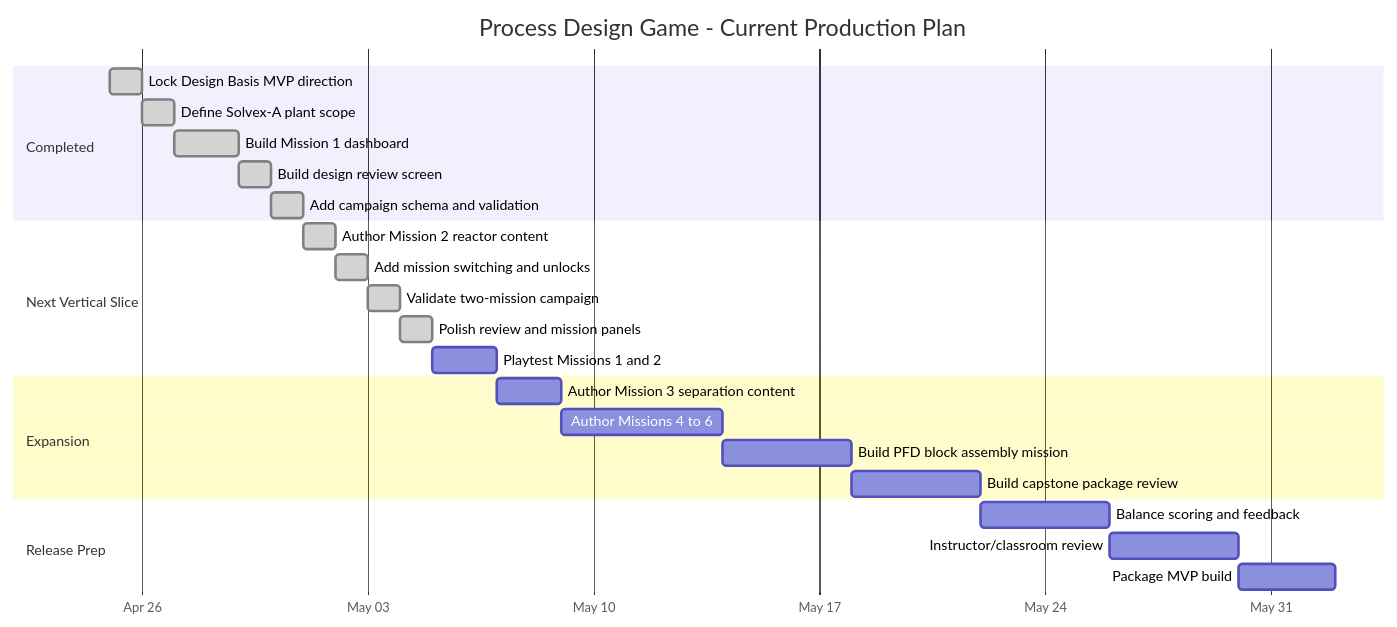
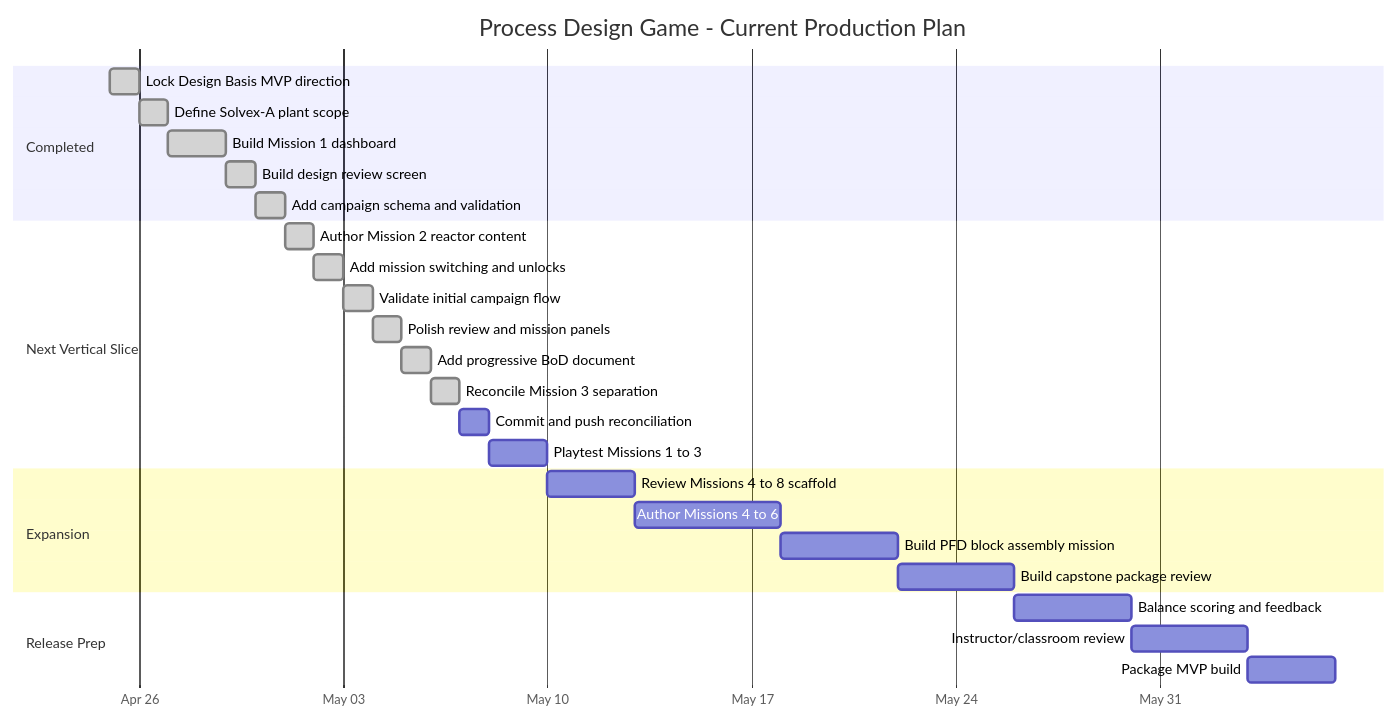
One commit to scds7xdxnd-bit/plant-ops-game changed the diagram in plant-ops-game-vault/03-production-plan/Production Gantt Chart.md. Above: the diagram before and after it, drawn with Mermaid. The commit also changed other lines of this file and 18 other files, not shown here.

Commit message:
Reconcile mission 3 with progressive campaign

````diff
--- a/plant-ops-game-vault/03-production-plan/Production Gantt Chart.md
+++ b/plant-ops-game-vault/03-production-plan/Production Gantt Chart.md
@@ -7,31 +7,34 @@
 ```mermaid
 gantt
   title Process Design Game - Current Production Plan
   dateFormat  YYYY-MM-DD
   axisFormat  %b %d
 
   section Completed
   Lock Design Basis MVP direction     :done, a1, 2026-04-25, 1d
   Define Solvex-A plant scope         :done, a2, after a1, 1d
   Build Mission 1 dashboard           :done, a3, after a2, 2d
   Build design review screen          :done, a4, after a3, 1d
   Add campaign schema and validation  :done, a5, after a4, 1d
 
   section Next Vertical Slice
   Author Mission 2 reactor content    :done, b1, 2026-05-01, 1d
   Add mission switching and unlocks   :done, b2, after b1, 1d
-  Validate two-mission campaign        :done, b3, after b2, 1d
+  Validate initial campaign flow       :done, b3, after b2, 1d
   Polish review and mission panels     :done, b4, after b3, 1d
-  Playtest Missions 1 and 2            :b5, after b4, 2d
+  Add progressive BoD document         :done, b5, after b4, 1d
+  Reconcile Mission 3 separation       :done, b6, after b5, 1d
+  Commit and push reconciliation       :b7, after b6, 1d
+  Playtest Missions 1 to 3             :b8, after b7, 2d
 
   section Expansion
-  Author Mission 3 separation content  :c0, after b5, 2d
+  Review Missions 4 to 8 scaffold      :c0, after b8, 3d
   Author Missions 4 to 6              :c1, after c0, 5d
   Build PFD block assembly mission     :c2, after c1, 4d
   Build capstone package review        :c3, after c2, 4d
 
   section Release Prep
   Balance scoring and feedback         :d1, after c3, 4d
   Instructor/classroom review          :d2, after d1, 4d
   Package MVP build                    :d3, after d2, 3d
 ```
````
